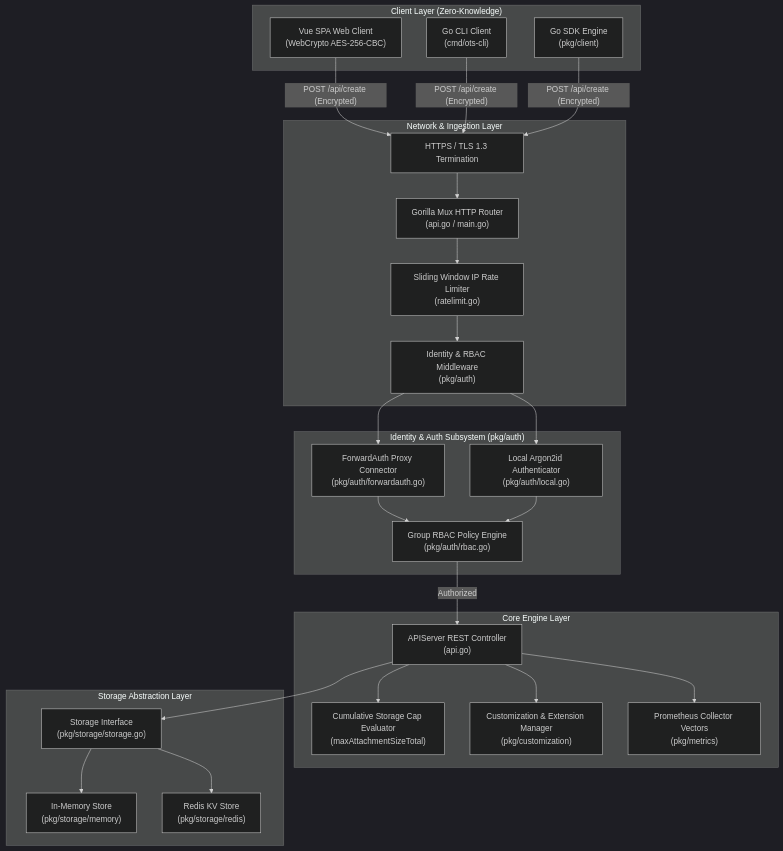
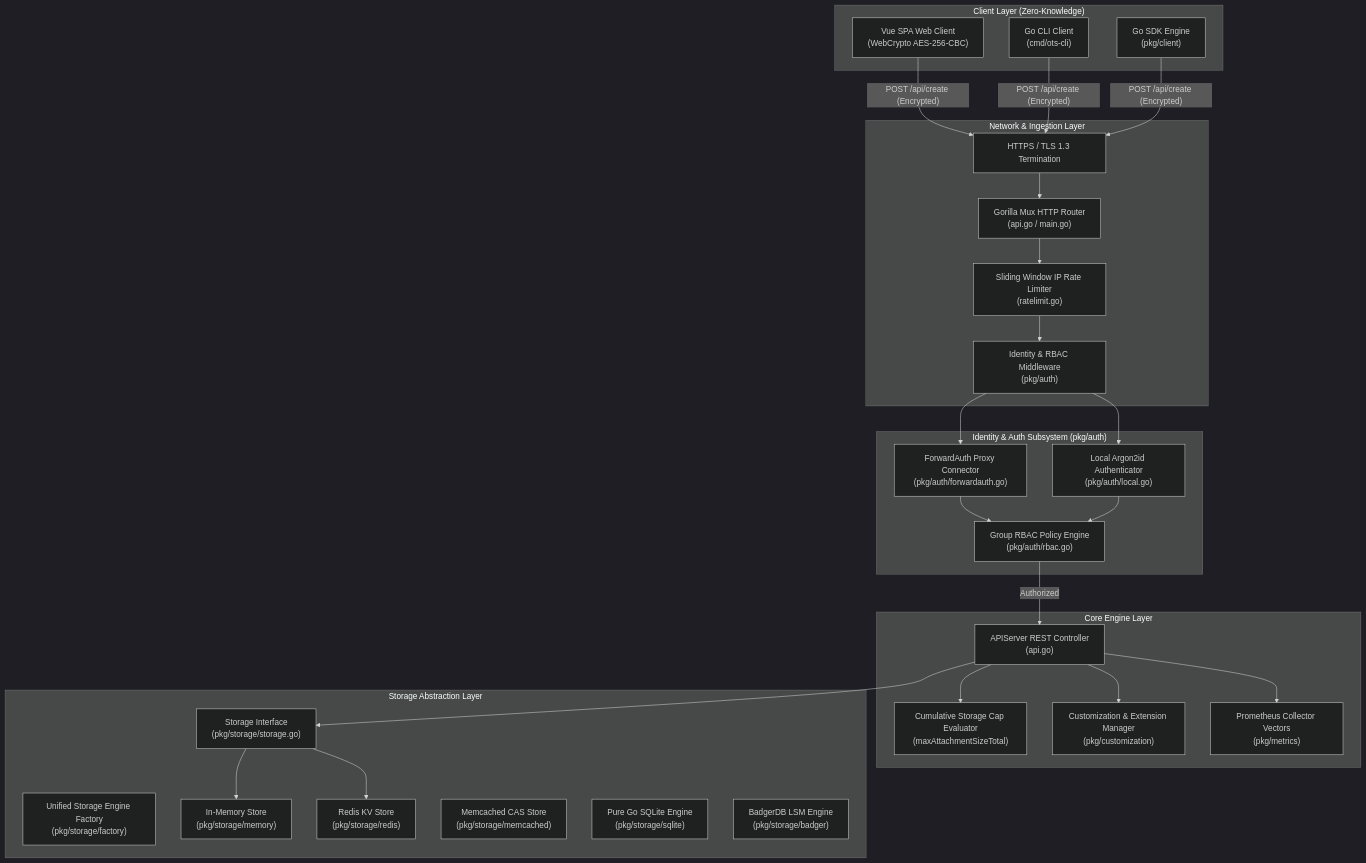
One commit to edsilegxrepo/ots changed the first of 4 diagrams in ARCHITECTURE.md. Above: the diagram before and after it, drawn with Mermaid (dark theme). The commit also changed other lines of this file and 18 other files, not shown here.

Commit message:
feat: add API-level extension filtering, Memcached, SQLite, BadgerDB storage backends, and UI supported extensions badges

````diff
--- a/ARCHITECTURE.md
+++ b/ARCHITECTURE.md
@@ -10,55 +10,59 @@
 ```mermaid
 graph TD
     subgraph "Client Layer (Zero-Knowledge)"
         WebUI["Vue SPA Web Client<br/>(WebCrypto AES-256-CBC)"]
         CLIClient["Go CLI Client<br/>(cmd/ots-cli)"]
         SDKClient["Go SDK Engine<br/>(pkg/client)"]
     end
 
     subgraph "Network & Ingestion Layer"
         TLS["HTTPS / TLS 1.3 Termination"]
         Mux["Gorilla Mux HTTP Router<br/>(api.go / main.go)"]
         RateLimiter["Sliding Window IP Rate Limiter<br/>(ratelimit.go)"]
         AuthMiddleware["Identity & RBAC Middleware<br/>(pkg/auth)"]
     end
 
     subgraph "Identity & Auth Subsystem (pkg/auth)"
         ForwardAuth["ForwardAuth Proxy Connector<br/>(pkg/auth/forwardauth.go)"]
         LocalArgon2["Local Argon2id Authenticator<br/>(pkg/auth/local.go)"]
         RBACEvaluator["Group RBAC Policy Engine<br/>(pkg/auth/rbac.go)"]
     end
 
     subgraph "Core Engine Layer"
         APIServer["APIServer REST Controller<br/>(api.go)"]
         CapEngine["Cumulative Storage Cap Evaluator<br/>(maxAttachmentSizeTotal)"]
         CustEngine["Customization & Extension Manager<br/>(pkg/customization)"]
         MetricsVec["Prometheus Collector Vectors<br/>(pkg/metrics)"]
     end
 
     subgraph "Storage Abstraction Layer"
         StoreIntf["Storage Interface<br/>(pkg/storage/storage.go)"]
+        StoreFactory["Unified Storage Engine Factory<br/>(pkg/storage/factory)"]
         MemEngine["In-Memory Store<br/>(pkg/storage/memory)"]
         RedisEngine["Redis KV Store<br/>(pkg/storage/redis)"]
+        MemcachedEngine["Memcached CAS Store<br/>(pkg/storage/memcached)"]
+        SQLiteEngine["Pure Go SQLite Engine<br/>(pkg/storage/sqlite)"]
+        BadgerEngine["BadgerDB LSM Engine<br/>(pkg/storage/badger)"]
     end
 
     WebUI -->|"POST /api/create (Encrypted)"| TLS
     CLIClient -->|"POST /api/create (Encrypted)"| TLS
     SDKClient -->|"POST /api/create (Encrypted)"| TLS
 
     TLS --> Mux
     Mux --> RateLimiter
     RateLimiter --> AuthMiddleware
     AuthMiddleware --> ForwardAuth
     AuthMiddleware --> LocalArgon2
     ForwardAuth --> RBACEvaluator
     LocalArgon2 --> RBACEvaluator
     RBACEvaluator -->|"Authorized"| APIServer
 
     APIServer --> CapEngine
     APIServer --> CustEngine
     APIServer --> MetricsVec
     APIServer --> StoreIntf
 
     StoreIntf --> MemEngine
     StoreIntf --> RedisEngine
 ```
````
